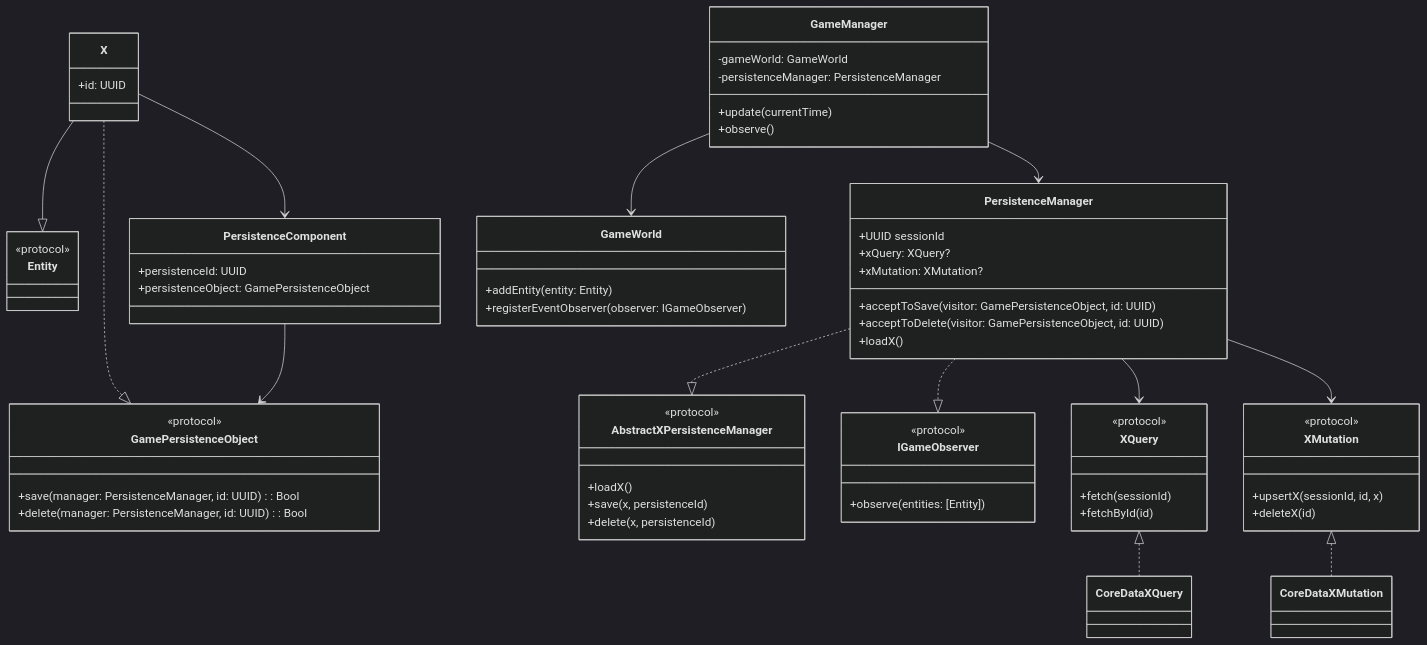
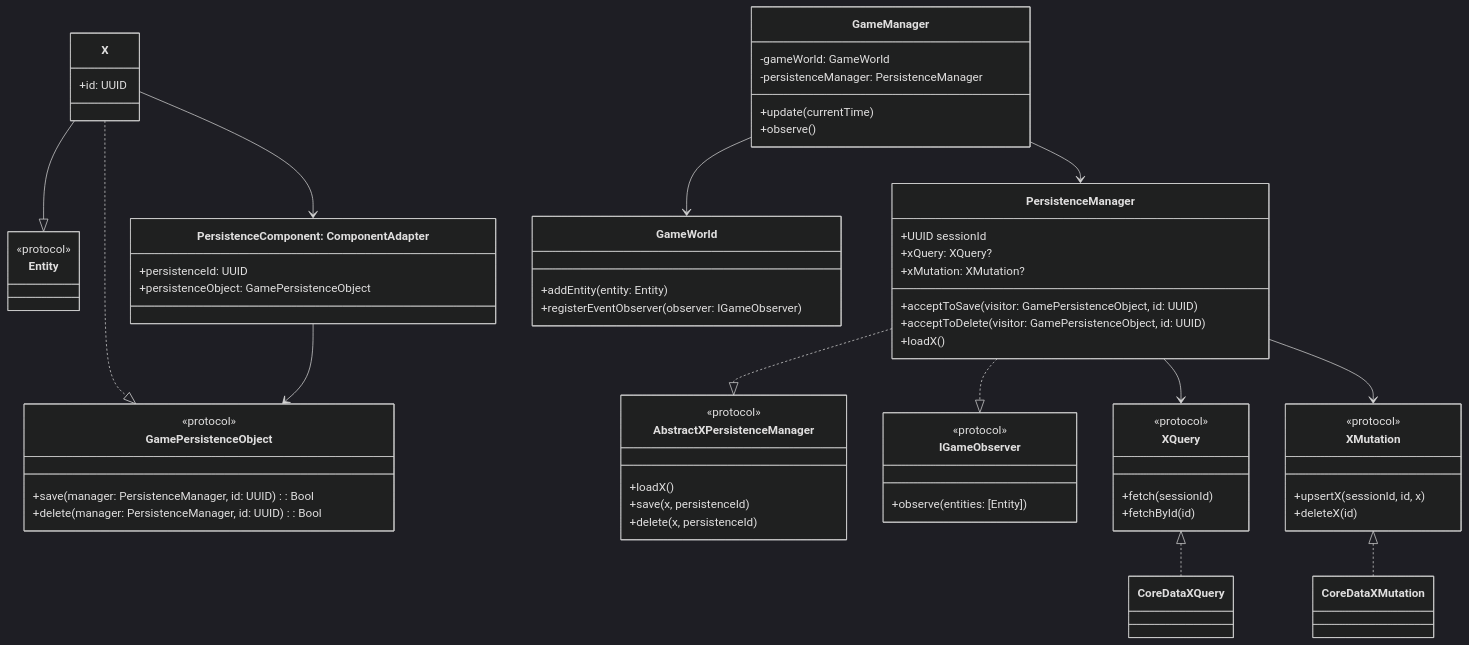
Before and after one commit to Ah-Leongs-Farm/mermaid-diagrams: the diagram in sprint3/persistence-class-diagram.mmd, drawn with Mermaid (dark theme). The commit also changed 2 other files, not shown here.

```diff
--- a/sprint3/persistence-class-diagram.mmd
+++ b/sprint3/persistence-class-diagram.mmd
@@ -1,78 +1,78 @@
 classDiagram
     %% === Protocols / Interfaces ===
     class Entity {
         <<protocol>>
     }
     class IGameObserver {
         <<protocol>>
         +observe(entities: [Entity])
     }
     class GamePersistenceObject {
         <<protocol>>
         +save(manager: PersistenceManager, id: UUID) : Bool
         +delete(manager: PersistenceManager, id: UUID) : Bool
     }
     class AbstractXPersistenceManager {
         <<protocol>>
         +loadX()
         +save(x, persistenceId)
         +delete(x, persistenceId)
     }
     class XQuery {
         <<protocol>>
         +fetch(sessionId)
         +fetchById(id)
     }
     class XMutation {
         <<protocol>>
         +upsertX(sessionId, id, x)
         +deleteX(id)
     }
 
     %% === Core Classes ===
     class X {
         +id: UUID
     }
     class PersistenceManager {
         +UUID sessionId
         +xQuery: XQuery?
         +xMutation: XMutation?
         +acceptToSave(visitor: GamePersistenceObject, id: UUID)
         +acceptToDelete(visitor: GamePersistenceObject, id: UUID)
         +loadX()
     }
     class GameWorld {
         +addEntity(entity: Entity)
         +registerEventObserver(observer: IGameObserver)
     }
     class GameManager {
         -gameWorld: GameWorld
         -persistenceManager: PersistenceManager
         +update(currentTime)
         +observe()
     }
-    class PersistenceComponent {
+    class PersistenceComponent["PersistenceComponent: ComponentAdapter"] {
         +persistenceId: UUID
         +persistenceObject: GamePersistenceObject
     }
     class CoreDataXQuery
     class CoreDataXMutation
 
     %% === Relationships ===
     X --|> Entity
     X ..|> GamePersistenceObject
 
     PersistenceManager ..|> AbstractXPersistenceManager
     PersistenceManager ..|> IGameObserver
 
     XQuery <|.. CoreDataXQuery
     XMutation <|.. CoreDataXMutation
 
     PersistenceManager --> XQuery
     PersistenceManager --> XMutation
 
     GameManager --> GameWorld
     GameManager --> PersistenceManager
 
     X --> PersistenceComponent
     PersistenceComponent --> GamePersistenceObject
```
